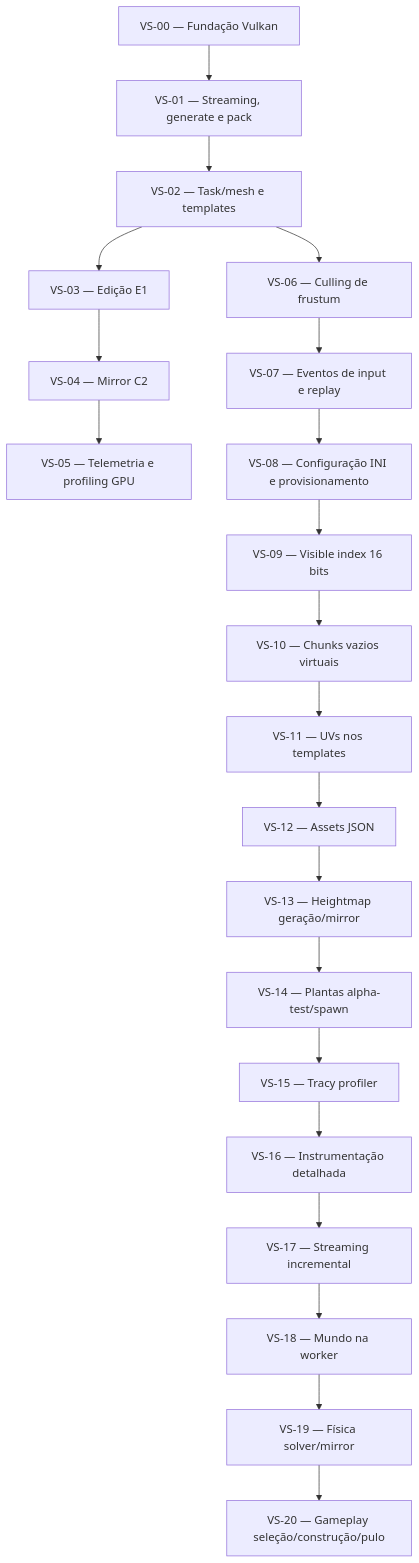
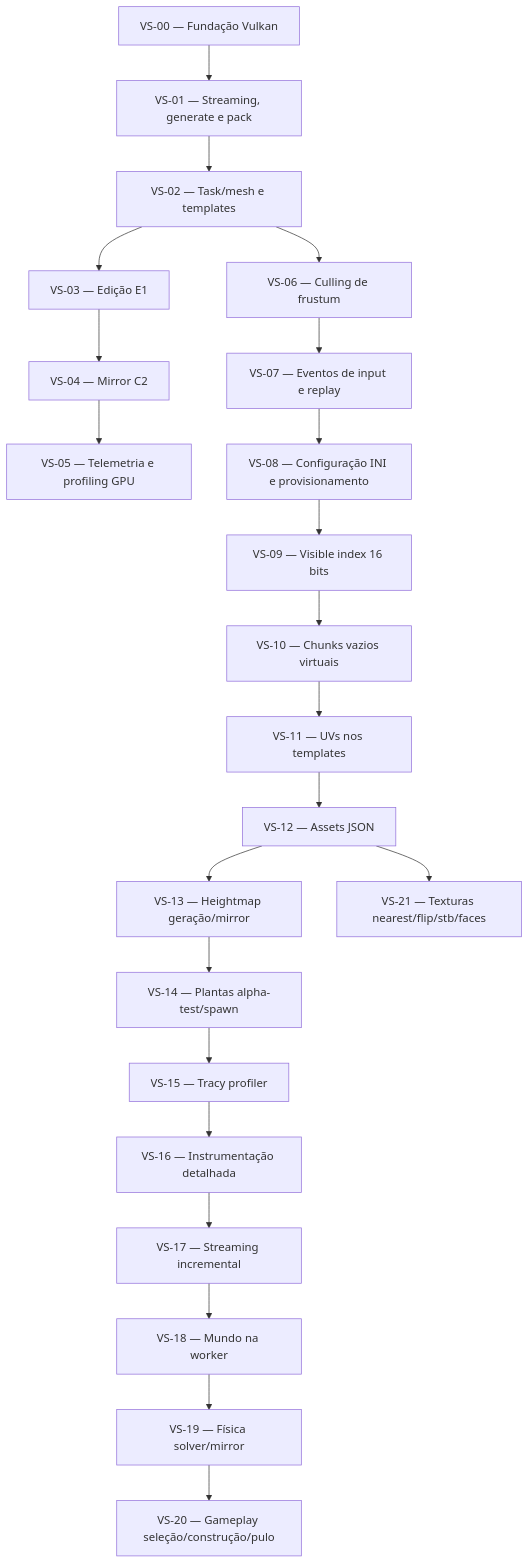
Before and after one commit to Ruannilton/vox: the diagram in docs/obsidian/tracking/dependencias.md, drawn with Mermaid. The commit also changed other lines of this file and 8 other files, not shown here.

Commit message:
VS-21: spec texturas — nearest, flip Y, stb_image, multi-face (ADR-T5) + tasks

````diff
--- a/docs/obsidian/tracking/dependencias.md
+++ b/docs/obsidian/tracking/dependencias.md
@@ -7,45 +7,47 @@
 ```mermaid
 graph TD
     VS00[VS-00 — Fundação Vulkan]
     VS01[VS-01 — Streaming, generate e pack]
     VS02[VS-02 — Task/mesh e templates]
     VS03[VS-03 — Edição E1]
     VS04[VS-04 — Mirror C2]
     VS05[VS-05 — Telemetria e profiling GPU]
     VS06[VS-06 — Culling de frustum]
     VS07[VS-07 — Eventos de input e replay]
     VS08[VS-08 — Configuração INI e provisionamento]
     VS09[VS-09 — Visible index 16 bits]
     VS10[VS-10 — Chunks vazios virtuais]
     VS11[VS-11 — UVs nos templates]
     VS12[VS-12 — Assets JSON]
     VS13[VS-13 — Heightmap geração/mirror]
     VS14[VS-14 — Plantas alpha-test/spawn]
     VS15[VS-15 — Tracy profiler]
     VS16[VS-16 — Instrumentação detalhada]
     VS17[VS-17 — Streaming incremental]
     VS18[VS-18 — Mundo na worker]
     VS19[VS-19 — Física solver/mirror]
     VS20[VS-20 — Gameplay seleção/construção/pulo]
+    VS21[VS-21 — Texturas nearest/flip/stb/faces]
 
     VS00 --> VS01
     VS01 --> VS02
     VS02 --> VS03
     VS03 --> VS04
     VS04 --> VS05
     VS02 --> VS06
     VS06 --> VS07
     VS07 --> VS08
     VS08 --> VS09
     VS09 --> VS10
     VS10 --> VS11
     VS11 --> VS12
     VS12 --> VS13
     VS13 --> VS14
     VS14 --> VS15
     VS15 --> VS16
     VS16 --> VS17
     VS17 --> VS18
     VS18 --> VS19
     VS19 --> VS20
+    VS12 --> VS21
 ```
````
